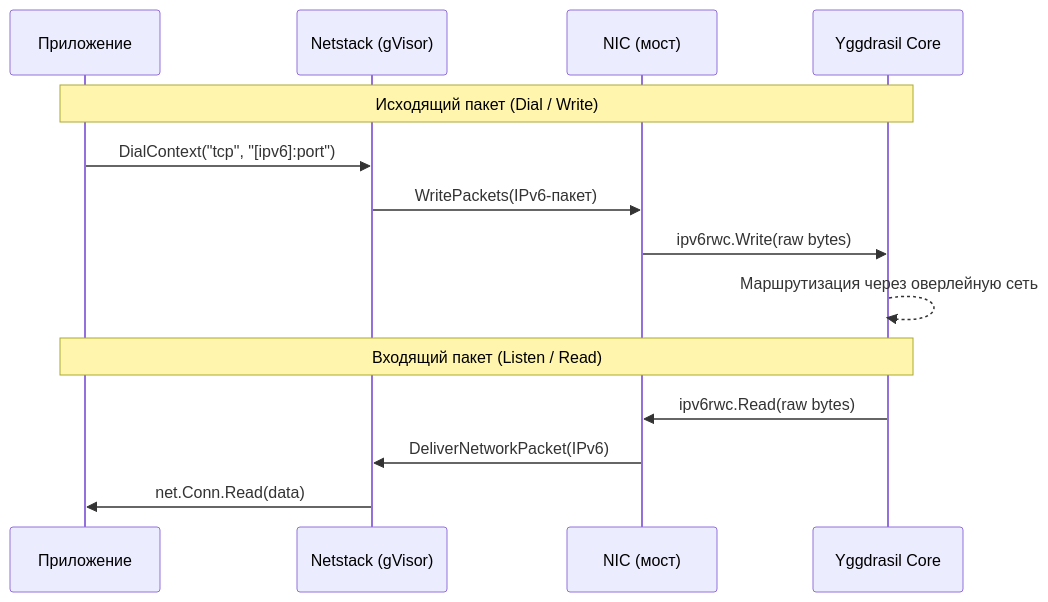
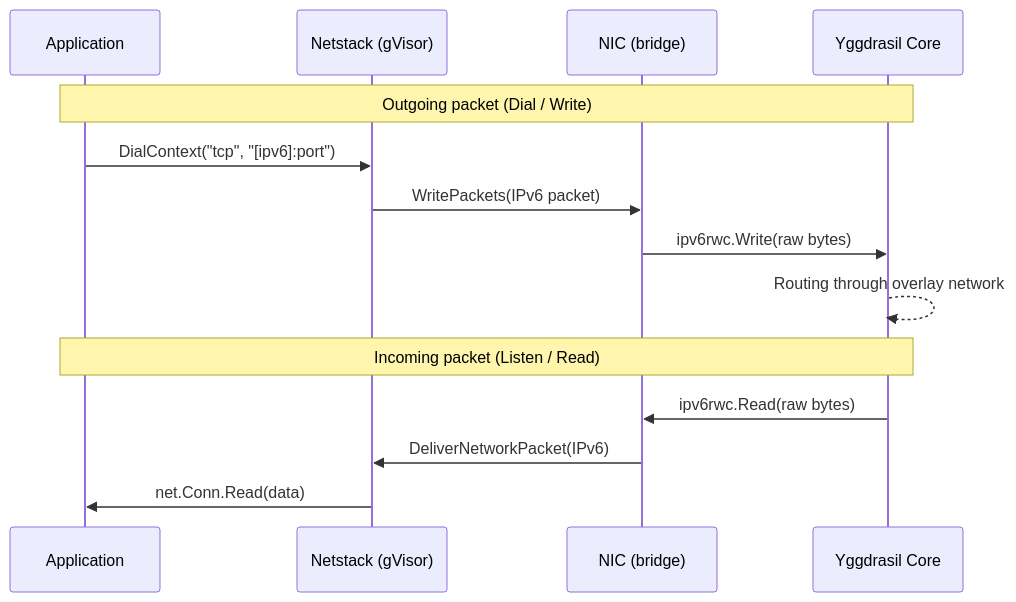
The second of 11 diagrams in README.md (voluminor/ratatoskr), drawn with Mermaid before and after one commit. The commit also changed other lines of this file and 1 other file, not shown here.

````diff
--- a/README.md
+++ b/README.md
@@ -176,16 +178,16 @@
 ```mermaid
 sequenceDiagram
-    participant App as Приложение
+    participant App as Application
     participant NS as Netstack (gVisor)
-    participant NIC as NIC (мост)
+    participant NIC as NIC (bridge)
     participant Ygg as Yggdrasil Core
-    Note over App, Ygg: Исходящий пакет (Dial / Write)
+    Note over App, Ygg: Outgoing packet (Dial / Write)
     App ->> NS: DialContext("tcp", "[ipv6]:port")
-    NS ->> NIC: WritePackets(IPv6-пакет)
+    NS ->> NIC: WritePackets(IPv6 packet)
     NIC ->> Ygg: ipv6rwc.Write(raw bytes)
-    Ygg -->> Ygg: Маршрутизация через оверлейную сеть
-    Note over App, Ygg: Входящий пакет (Listen / Read)
+    Ygg -->> Ygg: Routing through overlay network
+    Note over App, Ygg: Incoming packet (Listen / Read)
     Ygg ->> NIC: ipv6rwc.Read(raw bytes)
     NIC ->> NS: DeliverNetworkPacket(IPv6)
     NS ->> App: net.Conn.Read(data)
 ```
````
